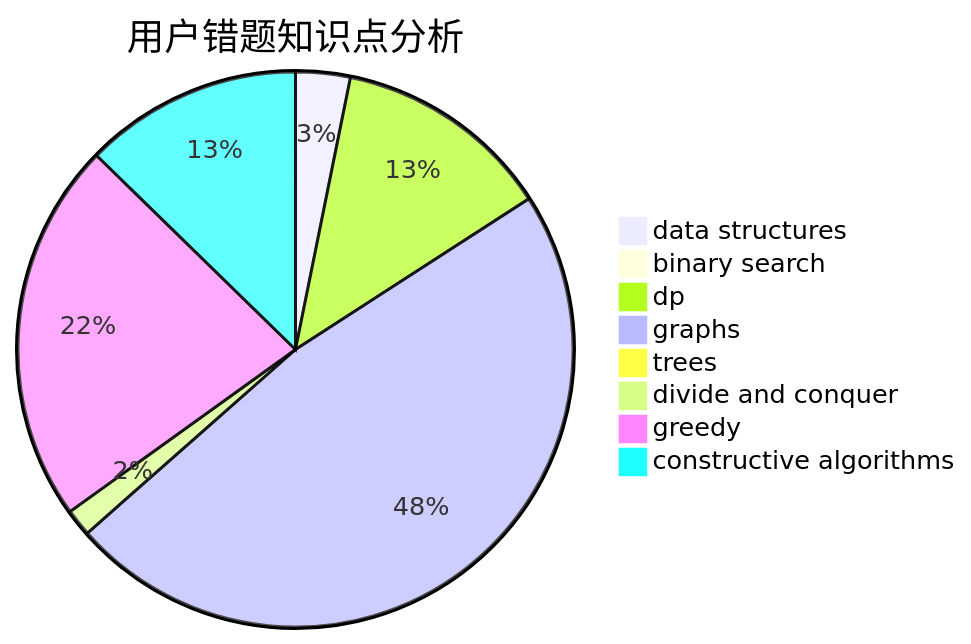
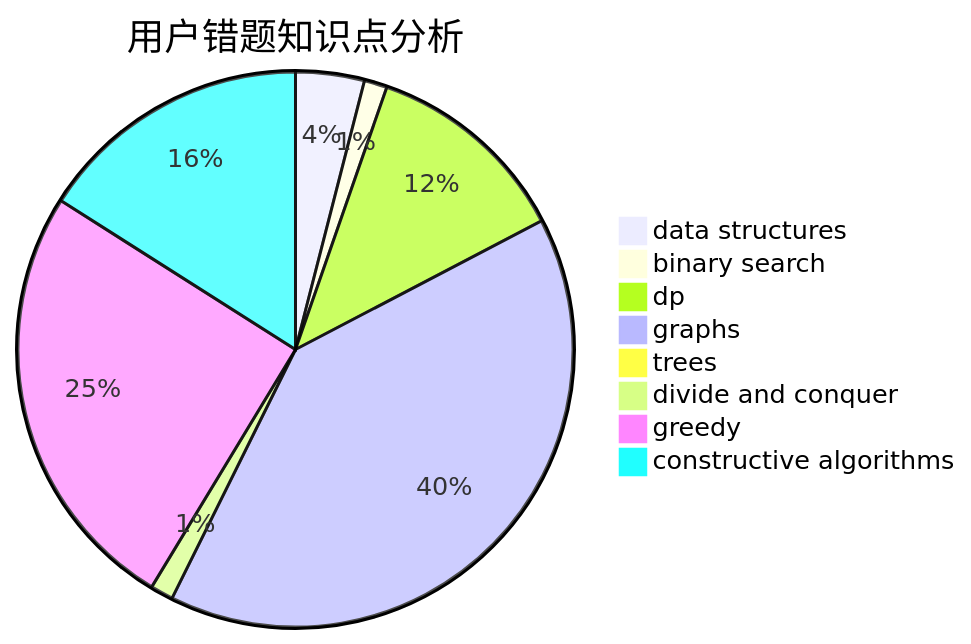
One commit to sherpahu/cfrs.github.io changed the third of 3 diagrams in docs/user/u1181.md. Above: the diagram before and after it, drawn with Mermaid. The commit also changed other lines of this file and 2770 other files, not shown here.

````diff
--- a/docs/user/u1181.md
+++ b/docs/user/u1181.md
@@ -36,11 +36,11 @@
 ```mermaid
 pie title 用户错题知识点分析
-    "data structures" :  2
-    "binary search" :  0
-    "dp" :  8
+    "data structures" :  3
+    "binary search" :  1
+    "dp" :  9
     "graphs" :  30
     "trees" :  0
     "divide and conquer" :  1
-    "greedy" :  14
-    "constructive algorithms" :  8
+    "greedy" :  19
+    "constructive algorithms" :  12
 ```
````
